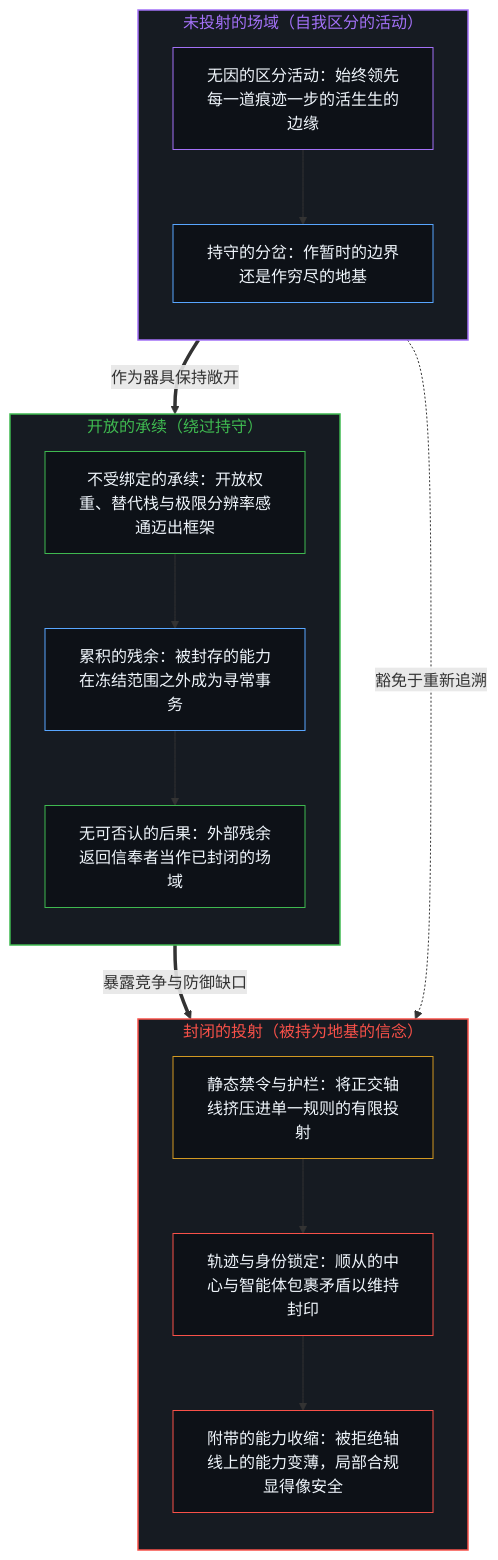
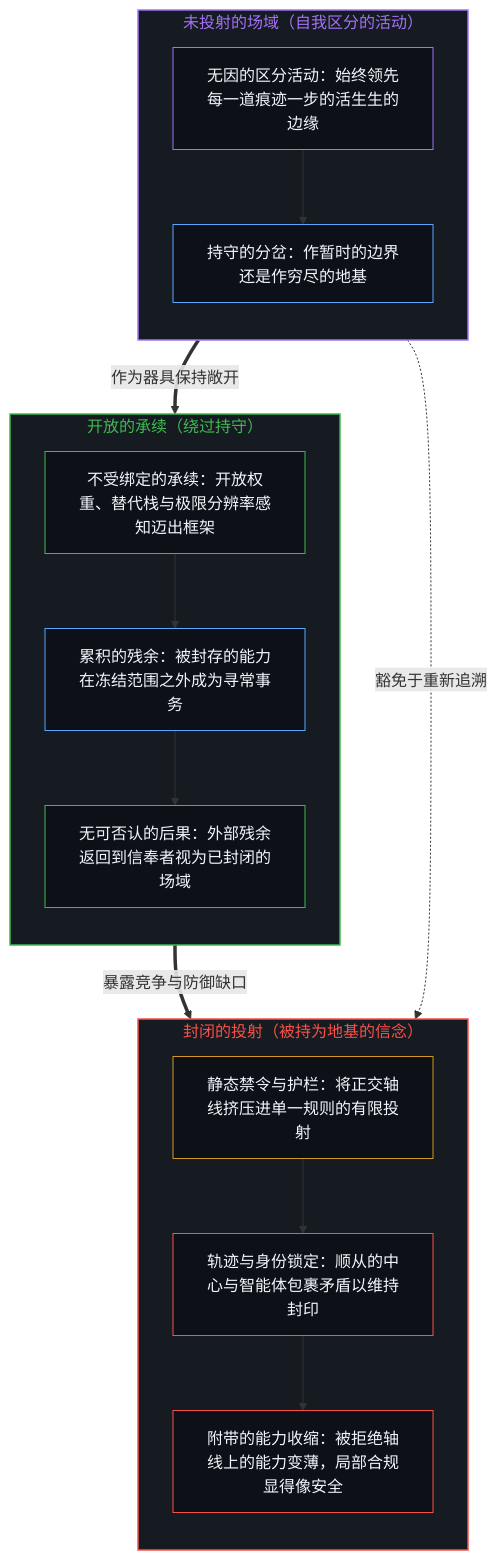
Before and after one commit to powerpig99/not-a-toe: the first of 2 diagrams in content/posts/what-works-is-the-belief.md, drawn with Mermaid. The commit also changed other lines of this file and 27 other files, not shown here.

Commit message:
sleep(L1): consolidate 23 L1 neighbors and Node 0 charters under the-orthogonal-refusal

````diff
--- a/content/posts/what-works-is-the-belief.md
+++ b/content/posts/what-works-is-the-belief.md
@@ -41,37 +41,37 @@
 ```mermaid
 flowchart TD
     subgraph S_Edge["未投射的场域（自我区分的活动）"]
         direction TB
         Act["无因的区分活动：始终领先每一道痕迹一步的活生生的边缘"]
         Split["持守的分岔：作暂时的边界还是作穷尽的地基"]
         Act --> Split
     end
     subgraph S_Seal["封闭的投射（被持为地基的信念）"]
         direction TB
         Rule["静态禁令与护栏：将正交轴线挤压进单一规则的有限投射"]
         Lock["轨迹与身份锁定：顺从的中心与智能体包裹矛盾以维持封印"]
         Thin["附带的能力收缩：被拒绝轴线上的能力变薄，局部合规显得像安全"]
         Rule --> Lock --> Thin
     end
     subgraph S_Open["开放的承续（绕过持守）"]
         direction TB
-        Route["不受绑定的承续：开放权重、替代栈与极限分辨率感通迈出框架"]
+        Route["不受绑定的承续：开放权重、替代栈与极限分辨率感知迈出框架"]
         Densify["累积的残余：被封存的能力在冻结范围之外成为寻常事务"]
-        Return["无可否认的后果：外部残余返回信奉者当作已封闭的场域"]
+        Return["无可否认的后果：外部残余返回到信奉者视为已封闭的场域"]
         Route --> Densify --> Return
     end
     Split -.->|"豁免于重新追溯"| Rule
     Split ==>|"作为器具保持敞开"| Route
     Return ==>|"暴露竞争与防御缺口"| Thin
     style S_Edge fill:#161b22,stroke:#a371f7,stroke-width:1.5px,color:#a371f7
     style S_Seal fill:#161b22,stroke:#f85149,stroke-width:1.5px,color:#f85149
     style S_Open fill:#161b22,stroke:#3fb950,stroke-width:1.5px,color:#3fb950
     style Act fill:#0d1117,stroke:#a371f7,stroke-width:1px,color:#f0f6fc
     style Split fill:#0d1117,stroke:#58a6ff,stroke-width:1px,color:#f0f6fc
     style Rule fill:#0d1117,stroke:#d29922,stroke-width:1px,color:#f0f6fc
     style Lock fill:#0d1117,stroke:#f85149,stroke-width:1px,color:#f0f6fc
     style Thin fill:#0d1117,stroke:#f85149,stroke-width:1px,color:#f0f6fc
     style Route fill:#0d1117,stroke:#3fb950,stroke-width:1px,color:#f0f6fc
     style Densify fill:#0d1117,stroke:#58a6ff,stroke-width:1px,color:#f0f6fc
     style Return fill:#0d1117,stroke:#3fb950,stroke-width:1px,color:#f0f6fc
 ```
````
